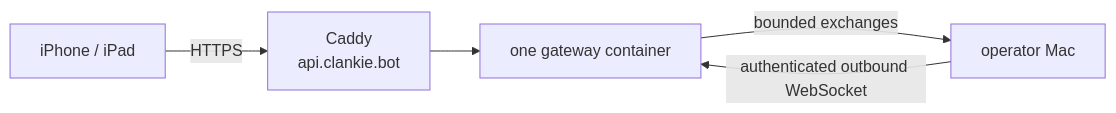
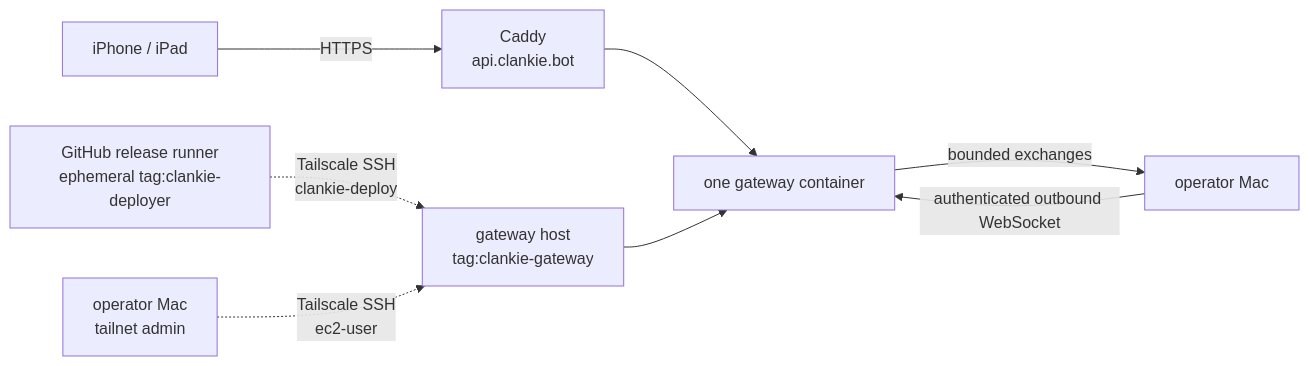
Before and after one commit to Volpestyle/clankie: the diagram in infra/aws/public-gateway/README.md, drawn with Mermaid. The commit also changed other lines of this file and 10 other files, not shown here.

Commit message:
Secure gateway releases over Tailscale

````diff
--- a/infra/aws/public-gateway/README.md
+++ b/infra/aws/public-gateway/README.md
@@ -8,7 +8,10 @@
 ```mermaid
 flowchart LR
   Device["iPhone / iPad"] -->|HTTPS| Caddy["Caddy<br/>api.clankie.bot"]
   Caddy --> Gateway["one gateway container"]
   Mac["operator Mac"] -->|authenticated outbound WebSocket| Gateway
   Gateway -->|bounded exchanges| Mac
+  Release["GitHub release runner<br/>ephemeral tag:clankie-deployer"] -.->|"Tailscale SSH<br/>clankie-deploy"| Host["gateway host<br/>tag:clankie-gateway"]
+  Operator["operator Mac<br/>tailnet admin"] -.->|"Tailscale SSH<br/>ec2-user"| Host
+  Host --> Gateway
 ```
````
